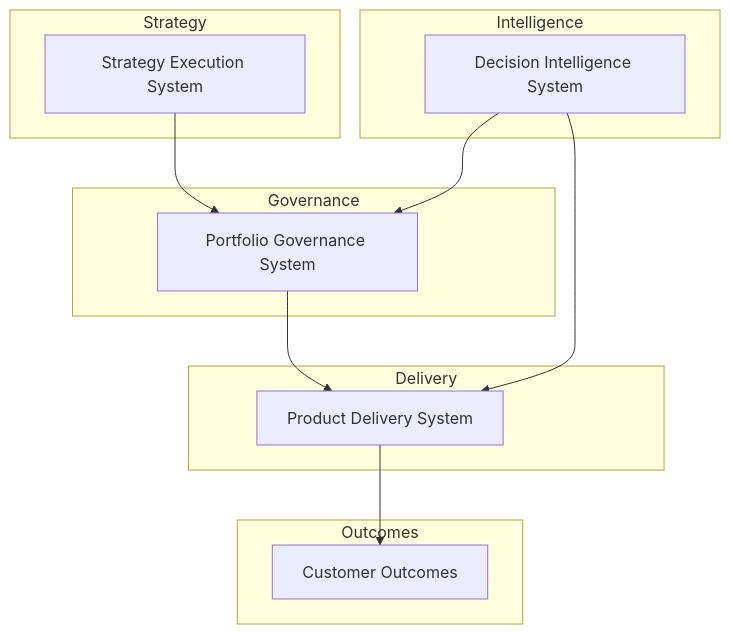
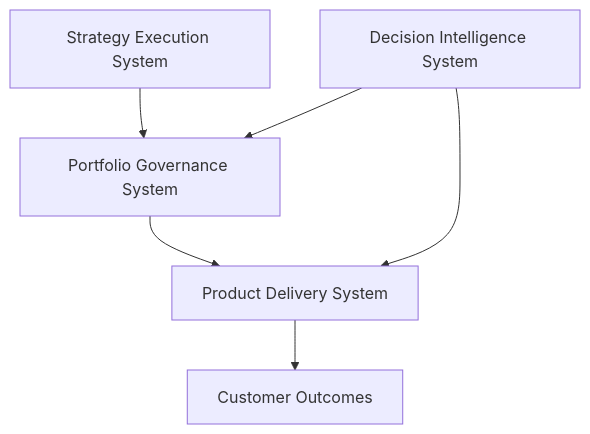
The diagram in README.md (ChuckFerrando/ChuckFerrando), drawn with Mermaid before and after one commit. The commit also changed other lines of this file, not shown here.

````diff
--- a/README.md
+++ b/README.md
@@ -11,30 +23,16 @@
 ```mermaid
 flowchart TB
 
-subgraph Strategy
 A[Strategy Execution System]
-end
-
-subgraph Governance
 B[Portfolio Governance System]
-end
-
-subgraph Delivery
 C[Product Delivery System]
-end
-
-subgraph Outcomes
 D[Customer Outcomes]
-end
-
-subgraph Intelligence
 E[Decision Intelligence System]
-end
 
 A --> B
 B --> C
 C --> D
 
 E --> B
 E --> C
 ```
````
